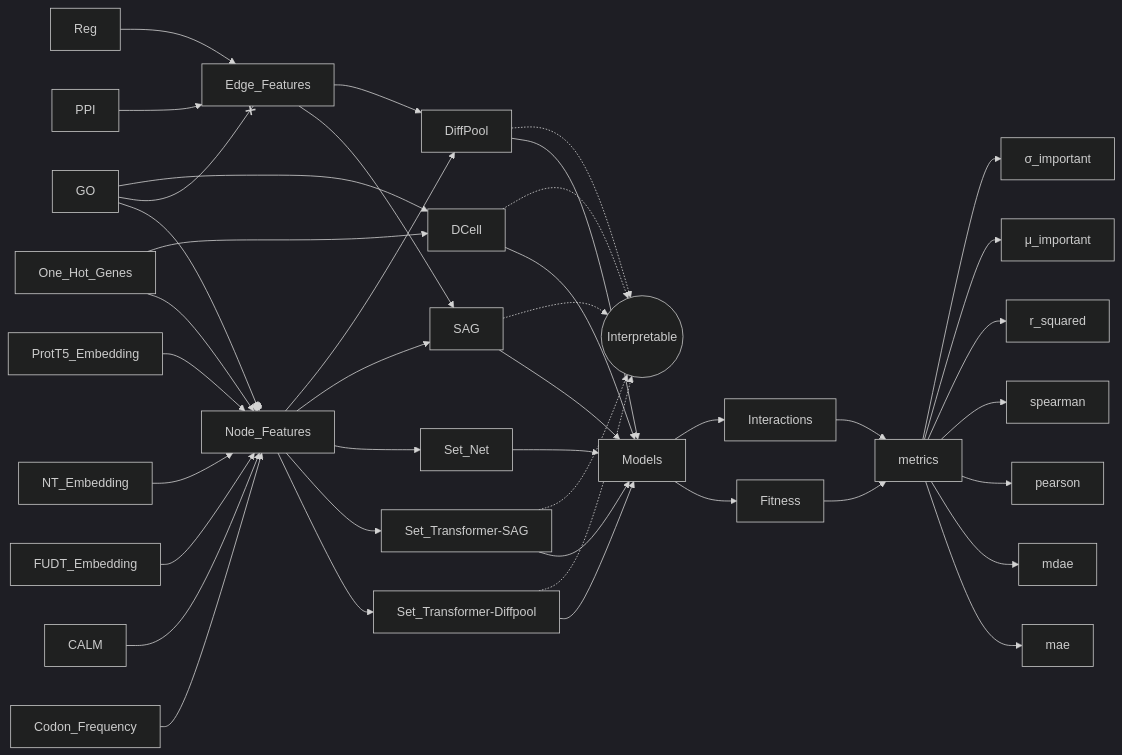
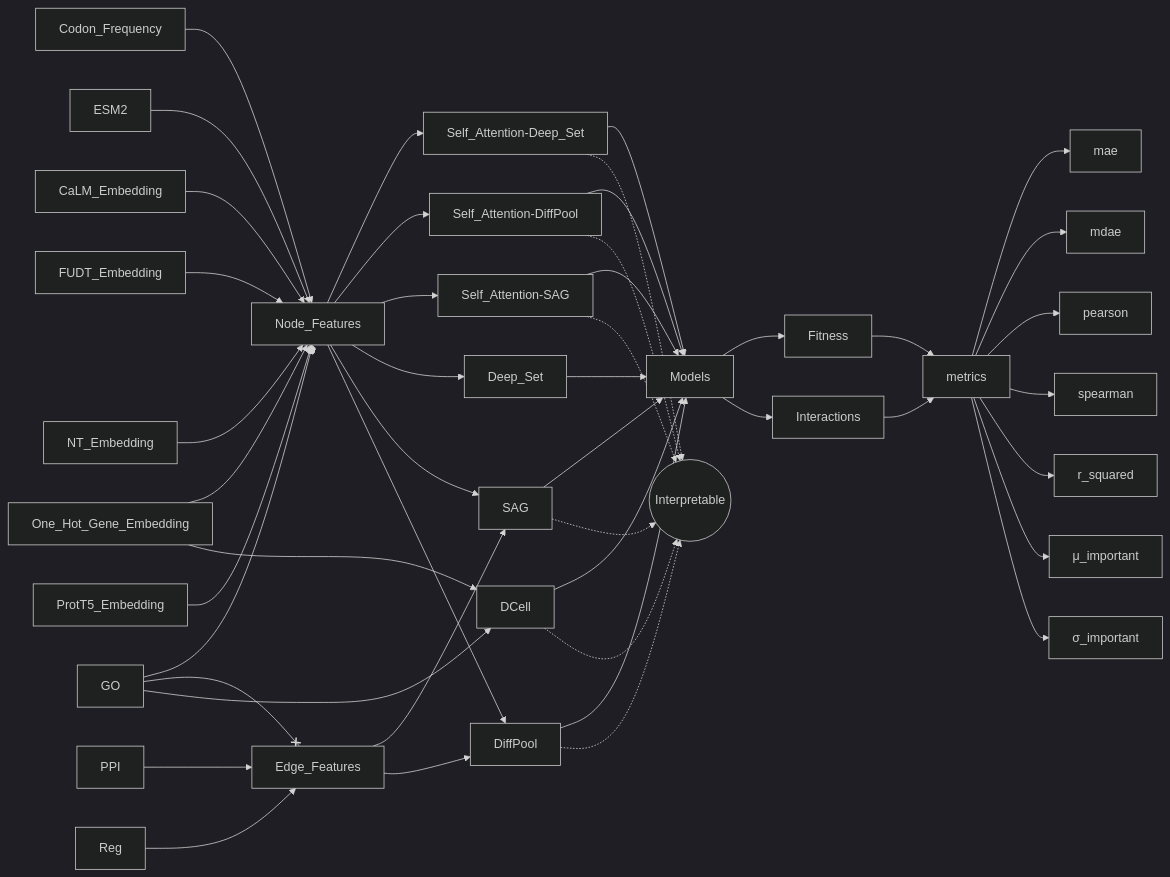
Before and after one commit to Mjvolk3/torchcell: the diagram in notes/paper.outline.dmf-fitness-table.02.md, drawn with Mermaid (dark theme). The commit also changed other lines of this file and 12 other files, not shown here.

````diff
--- a/notes/paper.outline.dmf-fitness-table.02.md
+++ b/notes/paper.outline.dmf-fitness-table.02.md
@@ -9,44 +9,48 @@
 ```mermaid
 graph LR
-    Set_Net --> Models
-    Node_Features --> Set_Transformer-Diffpool
-    Node_Features --> Set_Transformer-SAG
-    Set_Transformer-Diffpool --> Models
-    Set_Transformer-SAG --> Models
+    Deep_Set --> Models
+    Self_Attention-Deep_Set --> Models
+    Node_Features --> Self_Attention-Deep_Set
+    Node_Features --> Self_Attention-DiffPool
+    Node_Features --> Self_Attention-SAG
+    Self_Attention-DiffPool --> Models
+    Self_Attention-SAG --> Models
     SAG --> Models
     DiffPool --> Models
-    One_Hot_Genes --> Node_Features
+    One_Hot_Gene_Embedding --> Node_Features
     Codon_Frequency --> Node_Features
-    CALM --> Node_Features
+    ESM2 --> Node_Features
+    CaLM_Embedding --> Node_Features
     FUDT_Embedding --> Node_Features
     NT_Embedding --> Node_Features
     ProtT5_Embedding --> Node_Features
-    Node_Features --> Set_Net
+    Node_Features --> Deep_Set
     Node_Features --> SAG
     Node_Features --> DiffPool
     Edge_Features --> SAG
     Edge_Features --> DiffPool
     PPI --> Edge_Features 
     Reg --> Edge_Features 
     GO --o Node_Features
     GO --x Edge_Features
     GO --> DCell
-    One_Hot_Genes --> DCell
+    One_Hot_Gene_Embedding --> DCell
     DCell --> Models
     Models --> Fitness
     Models --> Interactions
     Interactions --> metrics
     Fitness --> metrics 
     metrics --> mae
     metrics --> mdae
     metrics --> pearson
     metrics --> spearman
     metrics --> r_squared
     metrics --> μ_important
     metrics --> σ_important
     DCell -.-> Interpretable((Interpretable))
     SAG -.-> Interpretable((Interpretable))
     DiffPool -.-> Interpretable((Interpretable))
-    Set_Transformer-Diffpool -.-> Interpretable((Interpretable))
-    Set_Transformer-SAG -.-> Interpretable((Interpretable))
+    Self_Attention-DiffPool -.-> Interpretable((Interpretable))
+    Self_Attention-SAG -.-> Interpretable((Interpretable))
+    Self_Attention-Deep_Set -.-> Interpretable((Interpretable))
 ```
````
